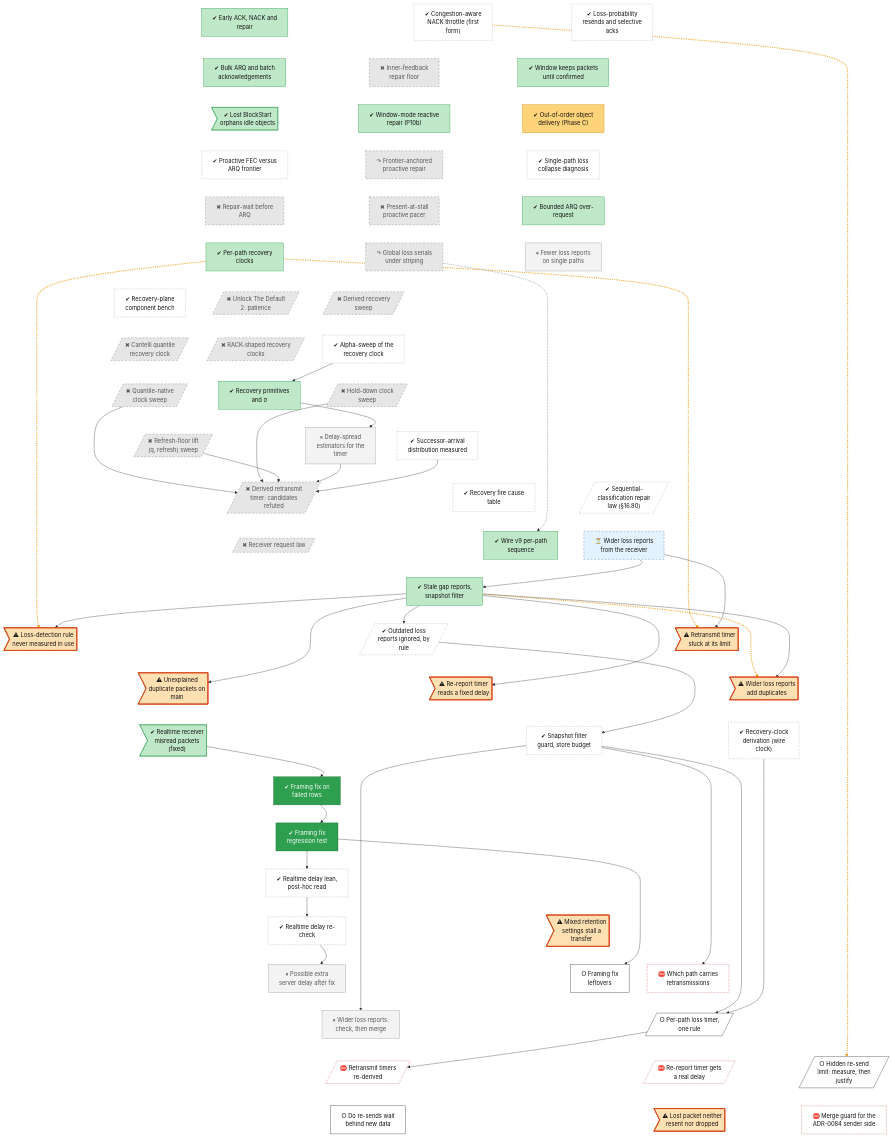
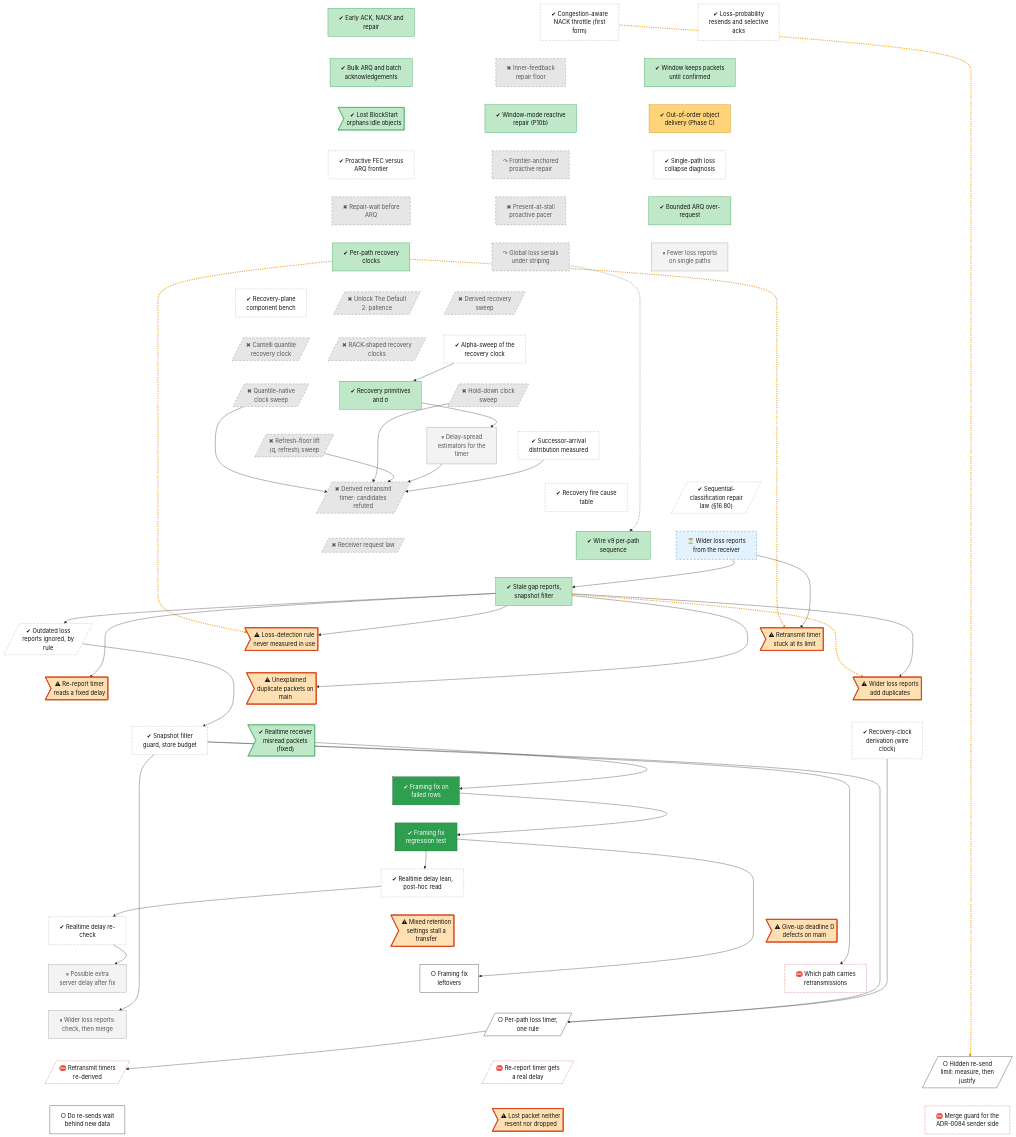
One commit to lhns/raptorpath changed the diagram in docs/roadmap/tracks/rec.md. Above: the diagram before and after it, drawn with Mermaid. The commit also changed other lines of this file and 4 other files, not shown here.

Commit message:
roadmap: tail-and-hold derivation result (working defaults: allowance counts floor passes, event-rule hold; await owner after simulation); D defects on main as a new node

```diff
--- a/docs/roadmap/tracks/rec.md
+++ b/docs/roadmap/tracks/rec.md
@@ -60,6 +60,7 @@
     rec_s64_delay_lean["✔ Realtime delay lean,<br/>post-hoc read"]
     rec_realtime_delay_recheck["✔ Realtime delay re-<br/>check"]
     rec_mixed_rho_stall>"⚠ Mixed retention<br/>settings stall a<br/>transfer"]
+    rec_shed_d_defects>"⚠ Give-up deadline D<br/>defects on main"]
     rec_realtime_srv_lag_lean["⏸ Possible extra<br/>server delay after fix"]
     rec_framing_followups["○ Framing fix<br/>leftovers"]
     rec_w0_leg_question["⛔ Which path carries<br/>retransmissions"]
@@ -123,9 +124,10 @@
     rec_f2_merge_guard ~~~ rec_s64_delay_lean
     rec_s64_delay_lean ~~~ rec_realtime_delay_recheck
     rec_s64_delay_lean ~~~ rec_mixed_rho_stall
+    rec_s64_delay_lean ~~~ rec_shed_d_defects
     rec_realtime_delay_recheck ~~~ rec_realtime_srv_lag_lean
     rec_mixed_rho_stall ~~~ rec_framing_followups
-    rec_mixed_rho_stall ~~~ rec_w0_leg_question
+    rec_shed_d_defects ~~~ rec_w0_leg_question
     rec_realtime_srv_lag_lean ~~~ rec_leverb_guard
     rec_framing_followups ~~~ rec_fix_perleg_clock_n1
     rec_w0_leg_question ~~~ rec_fix_perleg_clock_n1
@@ -166,7 +168,7 @@
     rec_s54_session --> rec_fix_perleg_clock_n1
     rec_wire_clock_derivation --> rec_fix_perleg_clock_n1
     rec_fix_perleg_clock_n1 --> rec_recovery_timeouts
-    linkStyle 64,65,66,76 stroke:#e69500,stroke-width:3px,stroke-dasharray:2 3
+    linkStyle 65,66,67,77 stroke:#e69500,stroke-width:3px,stroke-dasharray:2 3
     classDef vsucc fill:#2e9e4f,stroke:#1b6b34,color:#fff
     classDef succ fill:#bfe8c8,stroke:#2e9e4f,color:#111
     classDef mixed fill:#ffd37a,stroke:#c98a00,color:#111
@@ -187,7 +189,7 @@
     class rec_rwm_phase_c mixed
     class rec_recov_sp,rec_dispersion_est,rec_realtime_srv_lag_lean,rec_leverb_guard parked
     class rec_gap_horizon waiting
-    class rec_defect_qclk_clamp,rec_defect_hole_law,rec_defect_refresh_input,rec_leverb_c1d_cost,rec_defect_base_duplicates,rec_mixed_rho_stall,rec_evict_blocker_unresolved finding
+    class rec_defect_qclk_clamp,rec_defect_hole_law,rec_defect_refresh_input,rec_leverb_c1d_cost,rec_defect_base_duplicates,rec_mixed_rho_stall,rec_shed_d_defects,rec_evict_blocker_unresolved finding
     class rec_s63_f2_first_contact,rec_f2_merge_guard vsucc
     class rec_framing_followups,rec_fix_perleg_clock_n1,rec_fix_nack_throttle,rec_retx_behind_source next
     class rec_w0_leg_question,rec_recovery_timeouts,rec_fix_refresh_clock,rec_adr84_guard blocked
```
